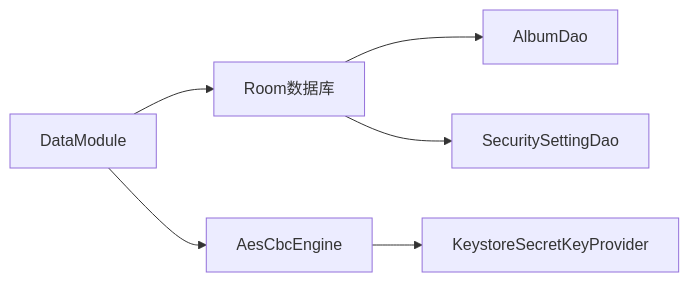
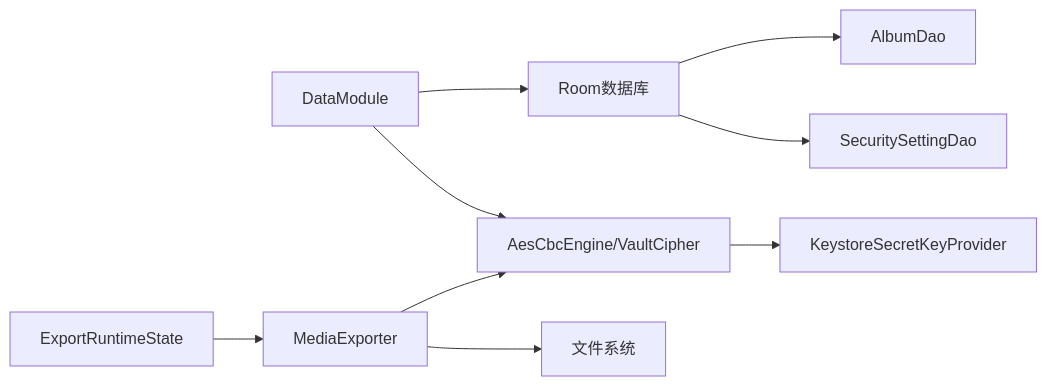
The ninth of 9 diagrams in .qoder/repowiki/zh/content/性能优化/IO优化技术.md (wanhongbo/ai-photo-vault), drawn with Mermaid before and after one commit. The commit also changed other lines of this file and 22 other files, not shown here.

````diff
--- a/.qoder/repowiki/zh/content/性能优化/IO优化技术.md
+++ b/.qoder/repowiki/zh/content/性能优化/IO优化技术.md
@@ -294,8 +388,11 @@
 ```mermaid
 graph LR
 DI["DataModule"] --> DB["Room数据库"]
-DI --> Crypto["AesCbcEngine"]
+DI --> Crypto["AesCbcEngine/VaultCipher"]
 Crypto --> KeyProv["KeystoreSecretKeyProvider"]
 DB --> DAO1["AlbumDao"]
 DB --> DAO2["SecuritySettingDao"]
+Exporter["MediaExporter"] --> Crypto
+Exporter --> FS["文件系统"]
+ExportState["ExportRuntimeState"] --> Exporter
 ```
````
